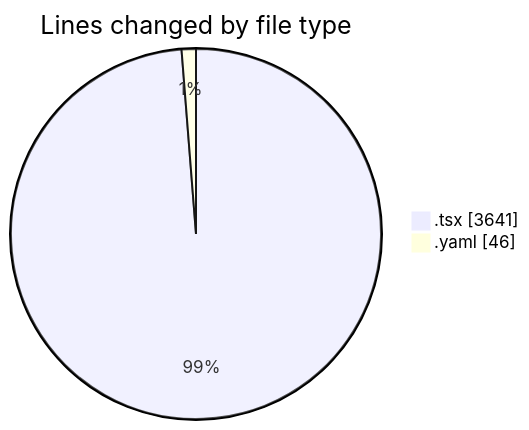
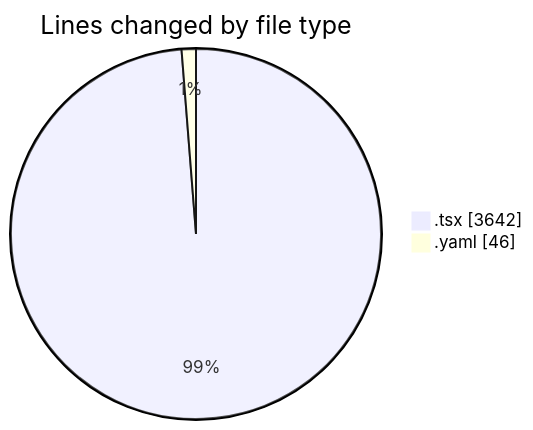
Before and after one commit to momahboobian/code-tracking: the first of 2 diagrams in 2025-11-20/cda/README.md, drawn with Mermaid. The commit also changed other lines of this file and 1 other file, not shown here.

````diff
--- a/2025-11-20/cda/README.md
+++ b/2025-11-20/cda/README.md
@@ -32,6 +32,6 @@
 ```mermaid
 pie showData
 title Lines changed by file type
-".tsx" : 3641
+".tsx" : 3642
 ".yaml" : 46
 ```
````
